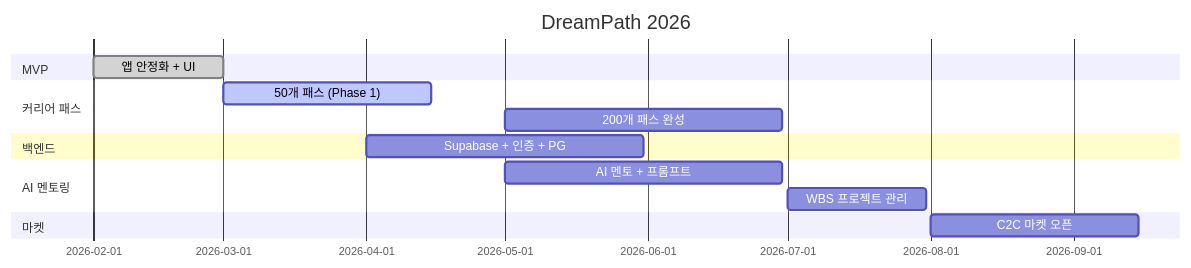
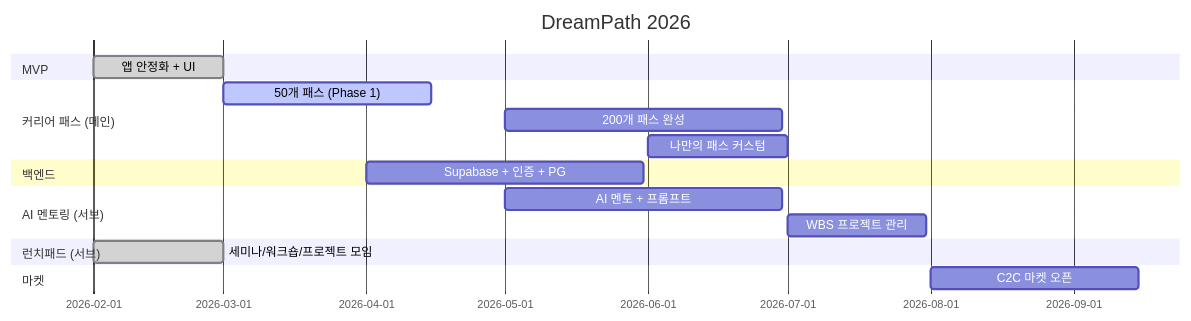
Before and after one commit to Collegenie-X/AI-career-path: the second of 2 diagrams in Readme.md, drawn with Mermaid. The commit also changed other lines of this file and 9 other files, not shown here.

````diff
--- a/Readme.md
+++ b/Readme.md
@@ -147,17 +197,20 @@
 ```mermaid
 gantt
     title DreamPath 2026
     dateFormat  YYYY-MM
     section MVP
     앱 안정화 + UI       :done, 2026-02, 28d
-    section 커리어 패스
+    section 커리어 패스 (메인)
     50개 패스 (Phase 1)  :active, 2026-03, 45d
     200개 패스 완성       :2026-05, 60d
+    나만의 패스 커스텀     :2026-06, 30d
     section 백엔드
     Supabase + 인증 + PG :2026-04, 60d
-    section AI 멘토링
+    section AI 멘토링 (서브)
     AI 멘토 + 프롬프트    :2026-05, 60d
     WBS 프로젝트 관리     :2026-07, 30d
+    section 런치패드 (서브)
+    세미나/워크숍/프로젝트 모임 :done, 2026-02, 28d
     section 마켓
     C2C 마켓 오픈         :2026-08, 45d
 ```
````
